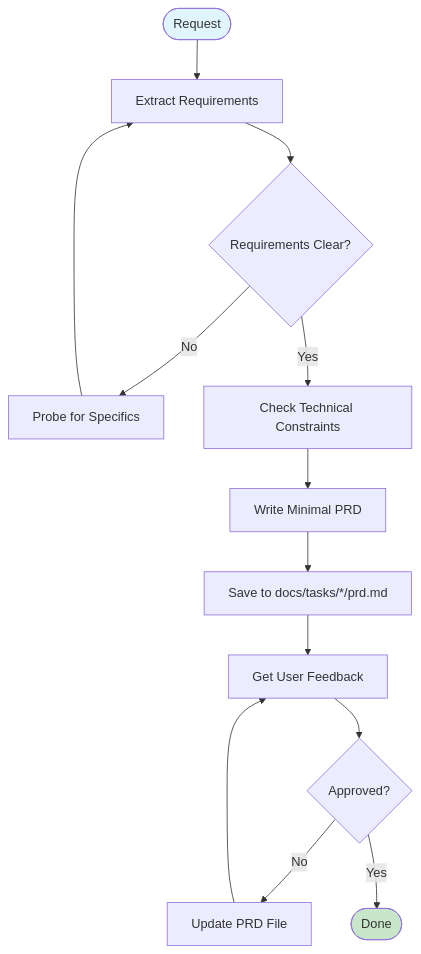
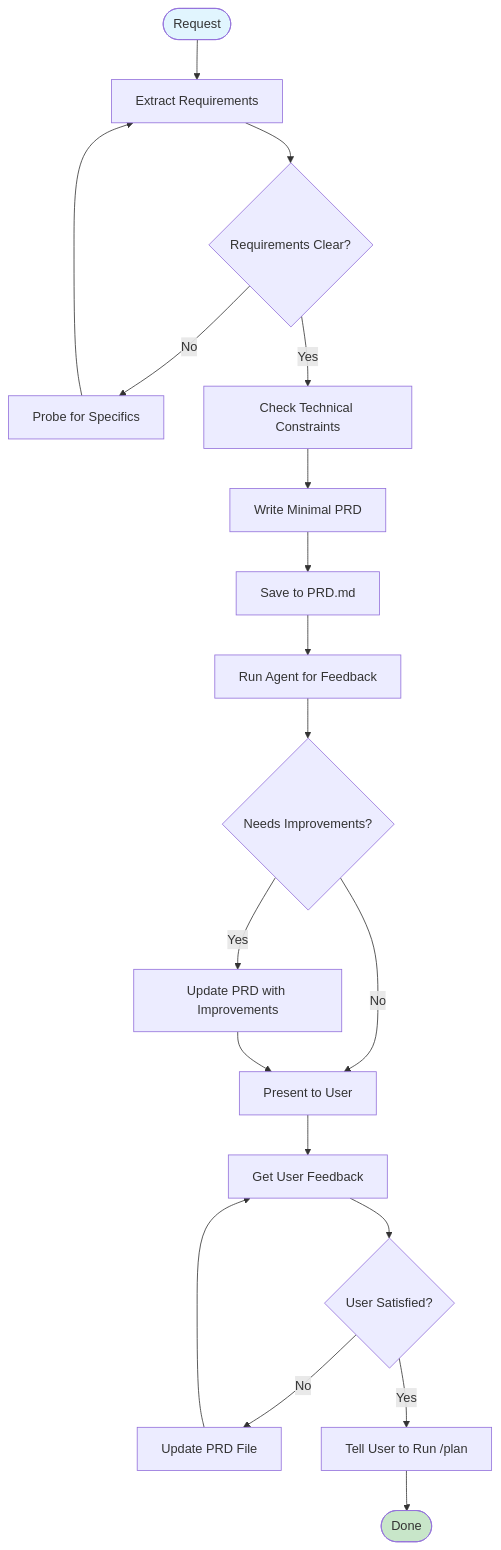
The diagram in .claude/commands/prd.md (doodledood/claude-code-workflow), drawn with Mermaid before and after one commit. The commit also changed other lines of this file and 6 other files, not shown here.

````diff
--- a/.claude/commands/prd.md
+++ b/.claude/commands/prd.md
@@ -78,21 +83,28 @@
 ```mermaid
 graph TD
     Start([Request]) --> ExtractReqs[Extract Requirements]
 
     ExtractReqs --> ReqsClear{Requirements Clear?}
     ReqsClear -->|No| ProbeUser[Probe for Specifics]
     ProbeUser --> ExtractReqs
     ReqsClear -->|Yes| CheckConstraints[Check Technical Constraints]
 
     CheckConstraints --> WritePRD[Write Minimal PRD]
-    WritePRD --> SaveFile[Save to docs/tasks/*/prd.md]
+    WritePRD --> SaveFile[Save to PRD.md]
 
-    SaveFile --> GetFeedback[Get User Feedback]
-    GetFeedback --> Approved{Approved?}
+    SaveFile --> AutomatedReview[Run Agent for Feedback]
+    AutomatedReview --> NeedsFix{Needs Improvements?}
+    NeedsFix -->|Yes| ImprovePRD[Update PRD with Improvements]
+    NeedsFix -->|No| PresentToUser[Present to User]
+    ImprovePRD --> PresentToUser
+
+    PresentToUser --> GetFeedback[Get User Feedback]
+    GetFeedback --> Approved{User Satisfied?}
     Approved -->|No| UpdatePRD[Update PRD File]
     UpdatePRD --> GetFeedback
-    Approved -->|Yes| End([Done])
+    Approved -->|Yes| TellUser[Tell User to Run /plan]
+    TellUser --> End([Done])
 
     style Start fill:#e1f5fe
     style End fill:#c8e6c9
 ```
````
